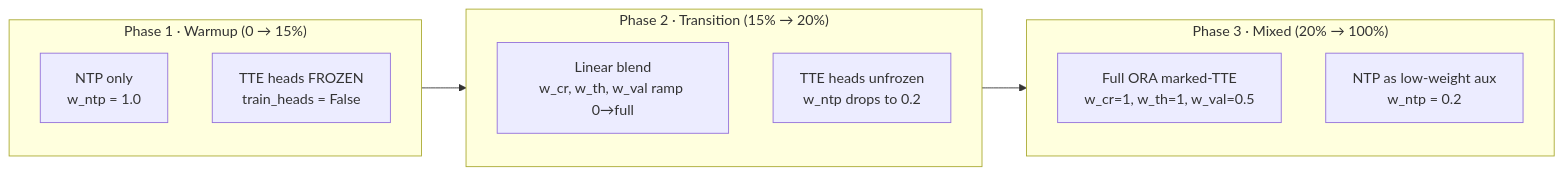
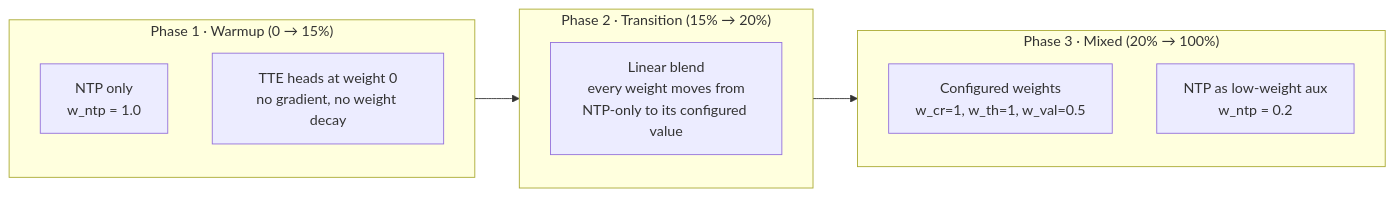
Before and after one commit to sajor2000/clifatron2.0: the second of 4 diagrams in website/docs/objectives-training.md, drawn with Mermaid. The commit also changed other lines of this file and 20 other files, not shown here.

First line of the commit message:
feat(train): curriculum by optimizer update, objective arms, fixed loss weights (U4)

````diff
--- a/website/docs/objectives-training.md
+++ b/website/docs/objectives-training.md
@@ -55,19 +101,18 @@
 ```mermaid
 flowchart LR
     subgraph P1["Phase 1 · Warmup (0 → 15%)"]
         direction TB
         A1["NTP only<br/>w_ntp = 1.0"]
-        A2["TTE heads FROZEN<br/>train_heads = False"]
+        A2["TTE heads at weight 0<br/>no gradient, no weight decay"]
     end
     subgraph P2["Phase 2 · Transition (15% → 20%)"]
         direction TB
-        B1["Linear blend<br/>w_cr, w_th, w_val ramp 0→full"]
-        B2["TTE heads unfrozen<br/>w_ntp drops to 0.2"]
+        B1["Linear blend<br/>every weight moves from<br/>NTP-only to its configured value"]
     end
     subgraph P3["Phase 3 · Mixed (20% → 100%)"]
         direction TB
-        C1["Full ORA marked-TTE<br/>w_cr=1, w_th=1, w_val=0.5"]
+        C1["Configured weights<br/>w_cr=1, w_th=1, w_val=0.5"]
         C2["NTP as low-weight aux<br/>w_ntp = 0.2"]
     end
     P1 --> P2 --> P3
 ```
````
